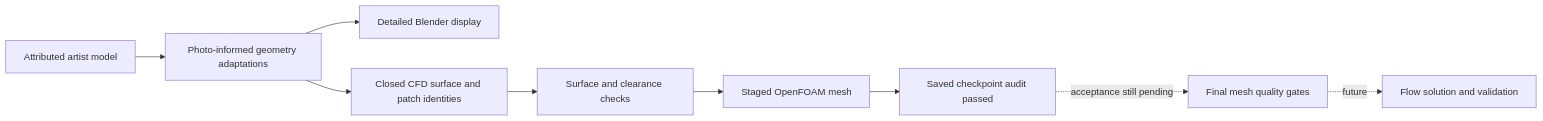
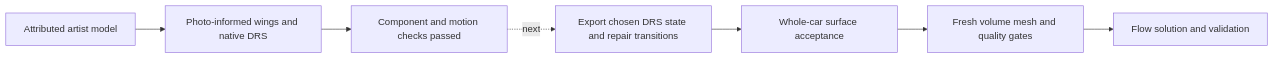
Before and after one commit to Kharawat/rb19-cfd-lab: the diagram in docs/engineering.md, drawn with Mermaid. The commit also changed other lines of this file and 24 other files, not shown here.

Commit message:
Rebuild photo-informed wings and publish native DRS motion

````diff
--- a/docs/engineering.md
+++ b/docs/engineering.md
@@ -5,11 +5,9 @@
 ```mermaid
 flowchart LR
-    A[Attributed artist model] --> B[Photo-informed geometry adaptations]
-    B --> C[Detailed Blender display]
-    B --> D[Closed CFD surface and patch identities]
-    D --> E[Surface and clearance checks]
-    E --> F[Staged OpenFOAM mesh]
-    F --> G[Saved checkpoint audit passed]
-    G -. acceptance still pending .-> H[Final mesh quality gates]
-    H -. future .-> I[Flow solution and validation]
+    A[Attributed artist model] --> B[Photo-informed wings and native DRS]
+    B --> C[Component and motion checks passed]
+    C -. next .-> D[Export chosen DRS state and repair transitions]
+    D --> E[Whole-car surface acceptance]
+    E --> F[Fresh volume mesh and quality gates]
+    F --> G[Flow solution and validation]
 ```
````
